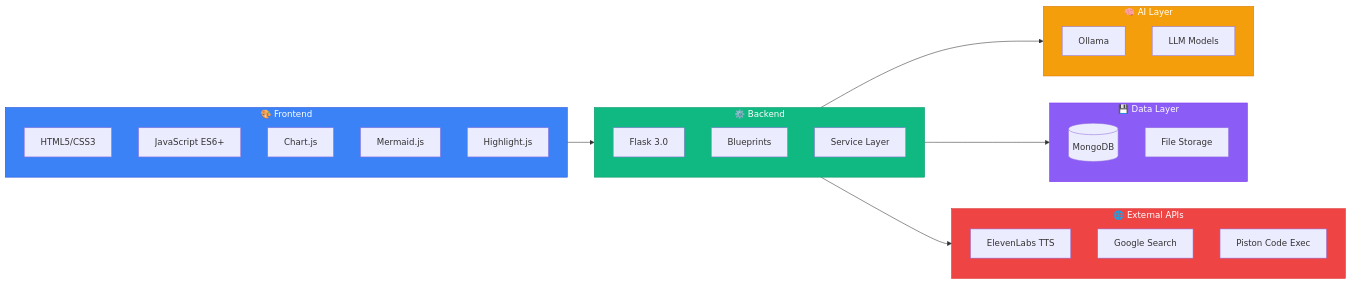
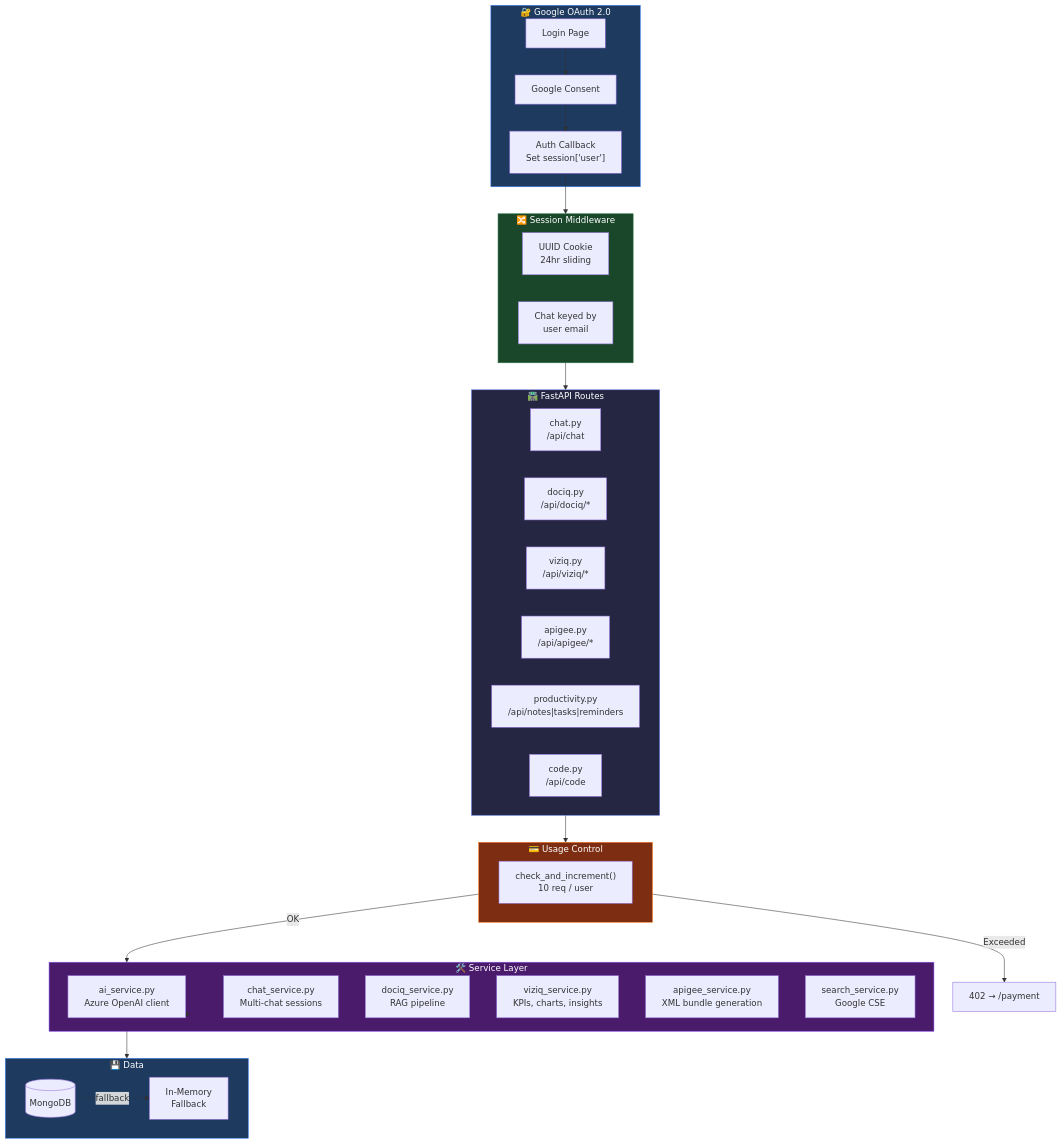
Before and after one commit to TR0J49/Axio-AI-: the third of 6 diagrams in README.md, drawn with Mermaid. The commit also changed other lines of this file, not shown here.

Commit message:
Update README to reflect v2.0: FastAPI, Azure OpenAI, all current features

````diff
--- a/README.md
+++ b/README.md
@@ -411,43 +291,55 @@
 ```mermaid
-flowchart LR
-    subgraph FRONTEND["🎨 Frontend"]
-        HTML["HTML5/CSS3"]
-        JS["JavaScript ES6+"]
-        CHART["Chart.js"]
-        MERMAID["Mermaid.js"]
-        HLJS["Highlight.js"]
+flowchart TB
+    subgraph AUTH["🔐 Google OAuth 2.0"]
+        LOGIN["Login Page"] --> GOOGLE["Google Consent"]
+        GOOGLE --> CALLBACK["Auth Callback\nSet session['user']"]
     end
 
-    subgraph BACKEND["⚙️ Backend"]
-        FLASK["Flask 3.0"]
-        ROUTES["Blueprints"]
-        SERVICES["Service Layer"]
+    subgraph MIDDLEWARE["🔀 Session Middleware"]
+        COOKIE["UUID Cookie\n24hr sliding"]
+        USEREMAIL["Chat keyed by\nuser email"]
     end
 
-    subgraph AI["🧠 AI Layer"]
-        OLLAMA["Ollama"]
-        MODELS["LLM Models"]
+    subgraph ROUTES["🛣️ FastAPI Routes"]
+        CHAT_R["chat.py\n/api/chat"]
+        DOCIQ_R["dociq.py\n/api/dociq/*"]
+        VIZIQ_R["viziq.py\n/api/viziq/*"]
+        APIGEE_R["apigee.py\n/api/apigee/*"]
+        PROD_R["productivity.py\n/api/notes|tasks|reminders"]
+        CODE_R["code.py\n/api/code"]
     end
 
-    subgraph DATA["💾 Data Layer"]
-        MONGO[("MongoDB")]
-        FILES["File Storage"]
+    subgraph SERVICES["🛠️ Service Layer"]
+        AI_SVC["ai_service.py\nAzure OpenAI client"]
+        CHAT_SVC["chat_service.py\nMulti-chat sessions"]
+        DOCIQ_SVC["dociq_service.py\nRAG pipeline"]
+        VIZIQ_SVC["viziq_service.py\nKPIs, charts, insights"]
+        APIGEE_SVC["apigee_service.py\nXML bundle generation"]
+        SEARCH_SVC["search_service.py\nGoogle CSE"]
     end
 
-    subgraph EXTERNAL["🌐 External APIs"]
-        ELEVEN["ElevenLabs TTS"]
-        GOOGLE["Google Search"]
-        PISTON["Piston Code Exec"]
+    subgraph USAGE["💳 Usage Control"]
+        CHECK["check_and_increment()\n10 req / user"]
     end
 
-    FRONTEND --> BACKEND
-    BACKEND --> AI
-    BACKEND --> DATA
-    BACKEND --> EXTERNAL
+    subgraph DB["💾 Data"]
+        MONGO[("MongoDB")]
+        INMEM["In-Memory\nFallback"]
+    end
 
-    style FRONTEND fill:#3b82f6,stroke:#1d4ed8,color:#fff
-    style BACKEND fill:#10b981,stroke:#059669,color:#fff
-    style AI fill:#f59e0b,stroke:#d97706,color:#fff
-    style DATA fill:#8b5cf6,stroke:#7c3aed,color:#fff
-    style EXTERNAL fill:#ef4444,stroke:#dc2626,color:#fff
+    CALLBACK --> MIDDLEWARE
+    MIDDLEWARE --> ROUTES
+    ROUTES --> USAGE
+    USAGE -->|"OK"| SERVICES
+    USAGE -->|"Exceeded"| PAYMENT["402 → /payment"]
+    SERVICES --> AI_SVC
+    SERVICES --> DB
+    MONGO -.->|"fallback"| INMEM
+
+    style AUTH fill:#1e3a5f,stroke:#3b82f6,color:#fff
+    style MIDDLEWARE fill:#1a472a,stroke:#2d7a4a,color:#fff
+    style ROUTES fill:#252642,stroke:#667eea,color:#fff
+    style SERVICES fill:#4a1a6b,stroke:#8b5cf6,color:#fff
+    style USAGE fill:#7c2d12,stroke:#f97316,color:#fff
+    style DB fill:#1e3a5f,stroke:#3b82f6,color:#fff
 ```
````
